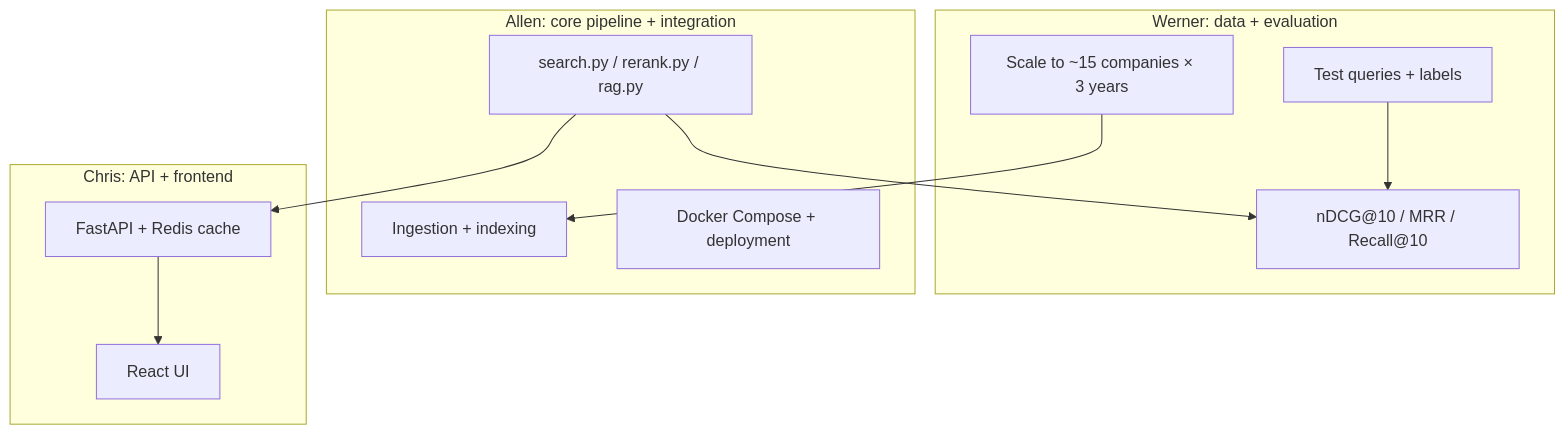
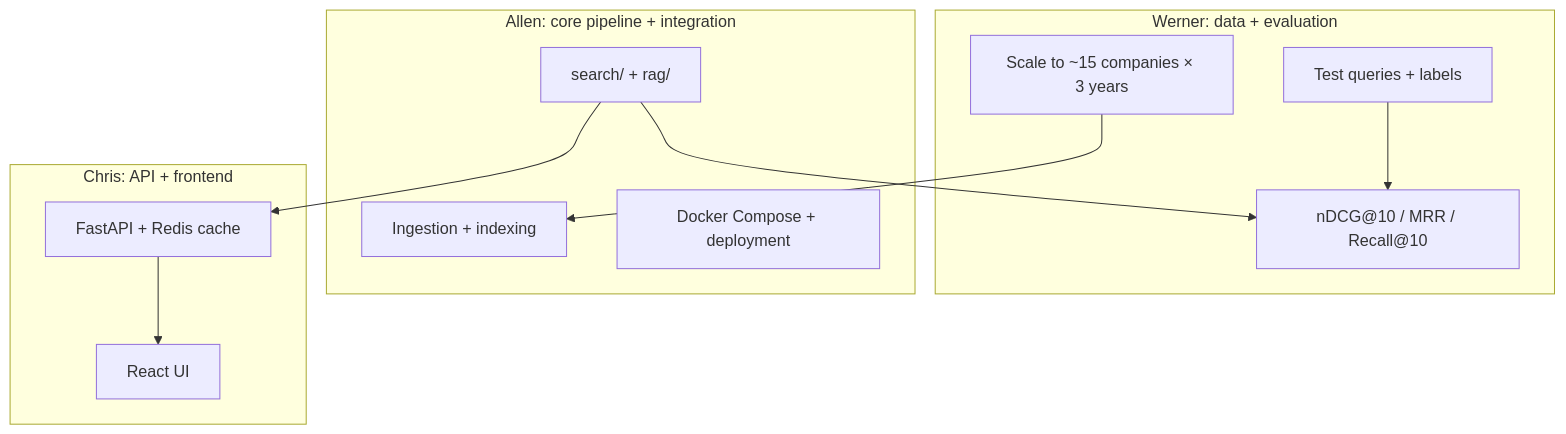
One commit to Allen11204/finsearch changed the third of 3 diagrams in README.md. Above: the diagram before and after it, drawn with Mermaid. The commit also changed 1 other file, not shown here.

Commit message:
Fix stale file names in README ownership diagram; no AI attribution in commits

````diff
--- a/README.md
+++ b/README.md
@@ -109,21 +109,21 @@
 ```mermaid
 flowchart TB
     subgraph W["Werner: data + evaluation"]
         W1["Scale to ~15 companies × 3 years"]
         W2["Test queries + labels"]
         W3["nDCG@10 / MRR / Recall@10"]
     end
     subgraph A["Allen: core pipeline + integration"]
         A1["Ingestion + indexing"]
-        A2["search.py / rerank.py / rag.py"]
+        A2["search/ + rag/"]
         A3["Docker Compose + deployment"]
     end
     subgraph C["Chris: API + frontend"]
         C1["FastAPI + Redis cache"]
         C2["React UI"]
     end
     W1 --> A1
     A2 --> C1 --> C2
     A2 --> W3
     W2 --> W3
 ```
````
